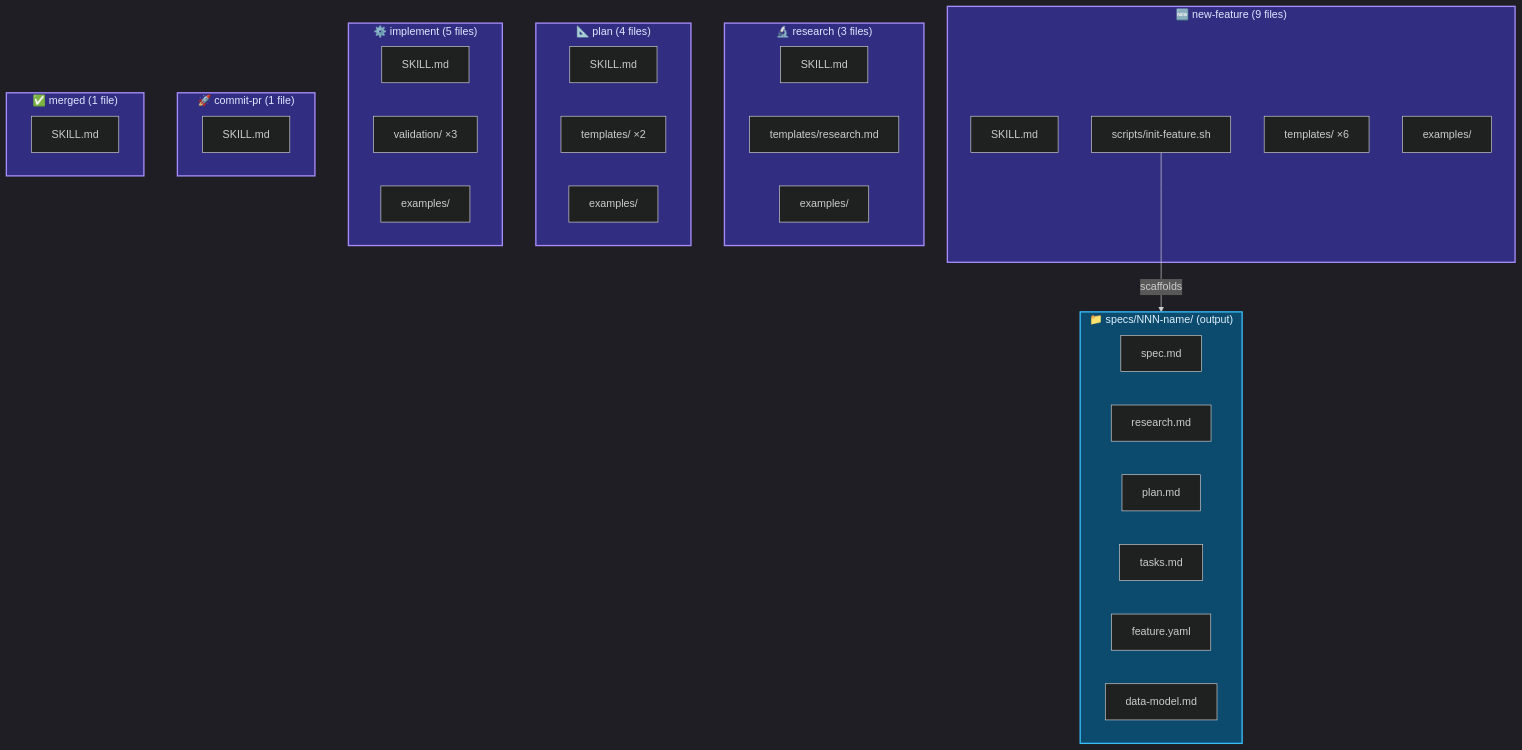
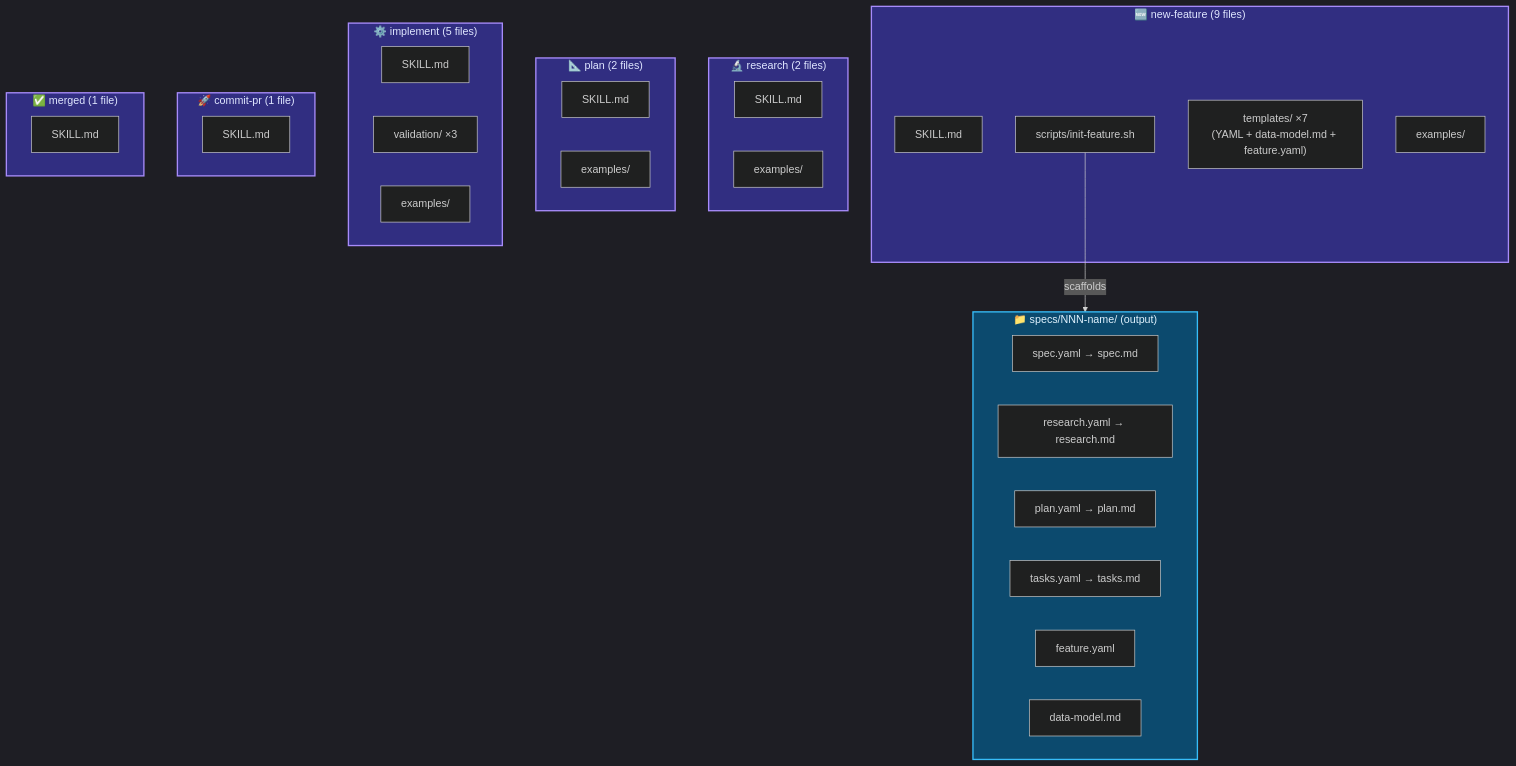
The fourth of 6 diagrams in docs/development/shep-kit-reference.md (shep-ai/cli), drawn with Mermaid before and after one commit. The commit also changed other lines of this file and 11 other files, not shown here.

````diff
--- a/docs/development/shep-kit-reference.md
+++ b/docs/development/shep-kit-reference.md
@@ -82,55 +82,53 @@
 ```mermaid
 %%{init: {'theme': 'dark'}}%%
 flowchart TD
     subgraph NF ["🆕 new-feature (9 files)"]
         NF1["SKILL.md"]
         NF2["scripts/init-feature.sh"]
-        NF3["templates/ ×6"]
+        NF3["templates/ ×7\n(YAML + data-model.md + feature.yaml)"]
         NF4["examples/"]
     end
 
-    subgraph RS ["🔬 research (3 files)"]
+    subgraph RS ["🔬 research (2 files)"]
         RS1["SKILL.md"]
-        RS2["templates/research.md"]
         RS3["examples/"]
     end
 
-    subgraph PL ["📐 plan (4 files)"]
+    subgraph PL ["📐 plan (2 files)"]
         PL1["SKILL.md"]
-        PL2["templates/ ×2"]
         PL3["examples/"]
     end
 
     subgraph IM ["⚙️ implement (5 files)"]
         IM1["SKILL.md"]
         IM2["validation/ ×3"]
         IM3["examples/"]
     end
 
     subgraph CP ["🚀 commit-pr (1 file)"]
         CP1["SKILL.md"]
     end
 
     subgraph MG ["✅ merged (1 file)"]
         MG1["SKILL.md"]
     end
 
     subgraph OUT ["📁 specs/NNN-name/ (output)"]
-        O1["spec.md"]
-        O2["research.md"]
-        O3["plan.md"]
-        O4["tasks.md"]
+        O1["spec.yaml → spec.md"]
+        O2["research.yaml → research.md"]
+        O3["plan.yaml → plan.md"]
+        O4["tasks.yaml → tasks.md"]
         O5["feature.yaml"]
         O6["data-model.md"]
     end
 
     NF2 -- scaffolds --> OUT
 
     style NF fill:#312e81,stroke:#a78bfa,color:#e0e7ff,stroke-width:2px
     style RS fill:#312e81,stroke:#a78bfa,color:#e0e7ff,stroke-width:2px
     style PL fill:#312e81,stroke:#a78bfa,color:#e0e7ff,stroke-width:2px
     style IM fill:#312e81,stroke:#a78bfa,color:#e0e7ff,stroke-width:2px
     style CP fill:#312e81,stroke:#a78bfa,color:#e0e7ff,stroke-width:2px
     style MG fill:#312e81,stroke:#a78bfa,color:#e0e7ff,stroke-width:2px
     style OUT fill:#0c4a6e,stroke:#38bdf8,color:#e0f2fe,stroke-width:2px
 ```
````
